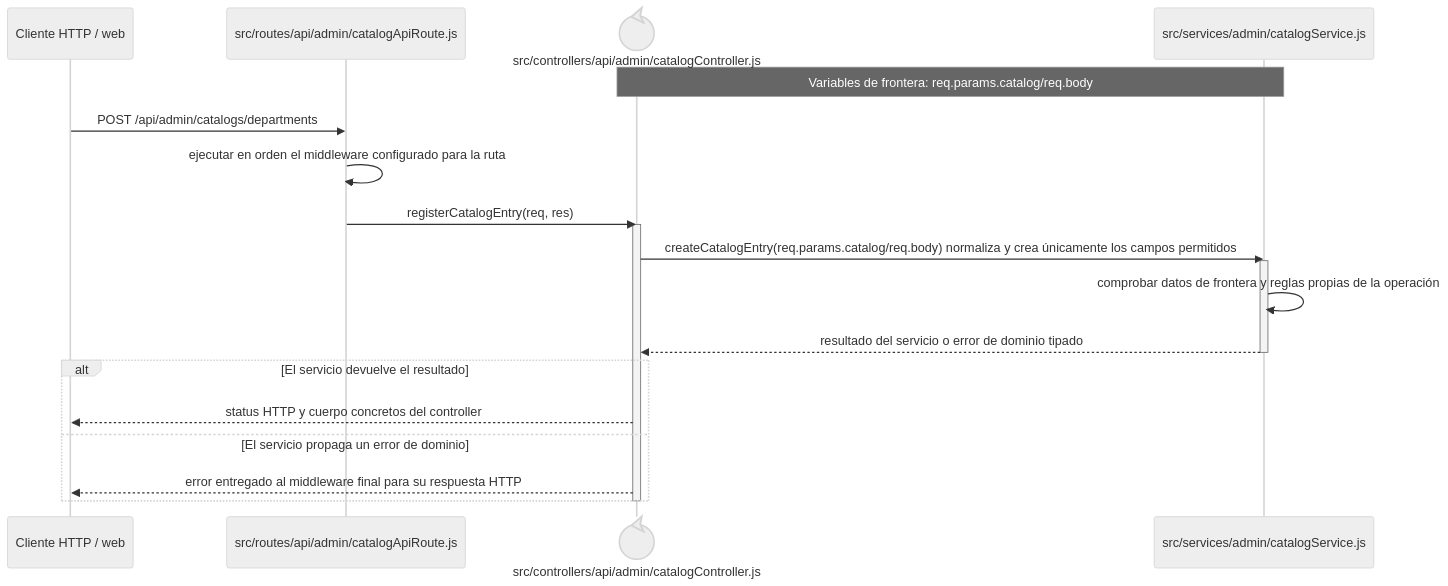
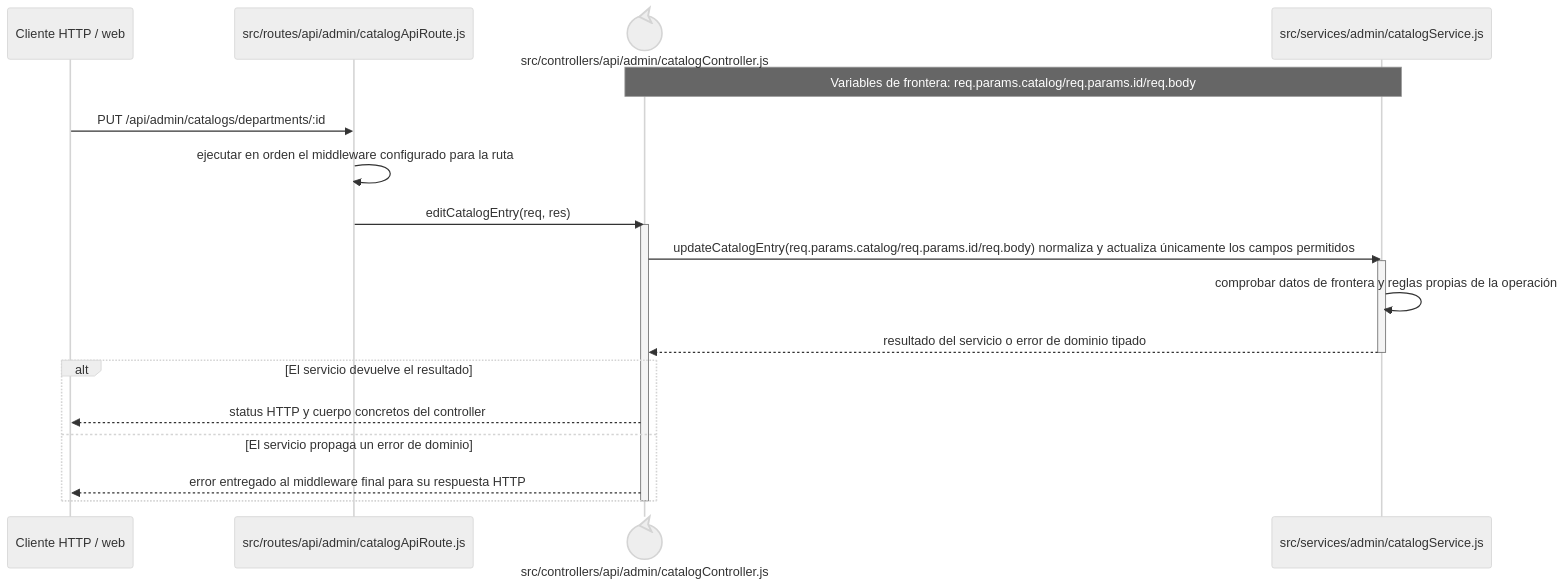
Before and after one commit to gpgsistemas01/nexus: the diagram in docs/architecture/backend-code-sequences/catalogs/cu-cat-11.md, drawn with Mermaid (neutral theme). The commit also changed other lines of this file and 167 other files, not shown here.

````diff
--- a/docs/architecture/backend-code-sequences/catalogs/cu-cat-11.md
+++ b/docs/architecture/backend-code-sequences/catalogs/cu-cat-11.md
@@ -6,24 +6,24 @@
 ```mermaid
 sequenceDiagram
     participant Client as Cliente HTTP / web
     participant Route as src/routes/api/admin/catalogApiRoute.js
     participant Controller@{ "type": "control" } as src/controllers/api/admin/catalogController.js
     participant Domain as src/services/admin/catalogService.js
-    Note over Controller,Domain: Variables de frontera: req.params.catalog/req.body
+    Note over Controller,Domain: Variables de frontera: req.params.catalog/req.params.id/req.body
 
-    Client->>Route: POST /api/admin/catalogs/departments
+    Client->>Route: PUT /api/admin/catalogs/departments/:id
     Route->>Route: ejecutar en orden el middleware configurado para la ruta
-    Route->>Controller: registerCatalogEntry(req, res)
+    Route->>Controller: editCatalogEntry(req, res)
     activate Controller
-    Controller->>Domain: createCatalogEntry(req.params.catalog/req.body) normaliza y crea únicamente los campos permitidos
+    Controller->>Domain: updateCatalogEntry(req.params.catalog/req.params.id/req.body) normaliza y actualiza únicamente los campos permitidos
     activate Domain
     Domain->>Domain: comprobar datos de frontera y reglas propias de la operación
     Domain-->>Controller: resultado del servicio o error de dominio tipado
     deactivate Domain
     alt El servicio devuelve el resultado
         Controller-->>Client: status HTTP y cuerpo concretos del controller
     else El servicio propaga un error de dominio
         Controller-->>Client: error entregado al middleware final para su respuesta HTTP
     end
     deactivate Controller
 ```
````
